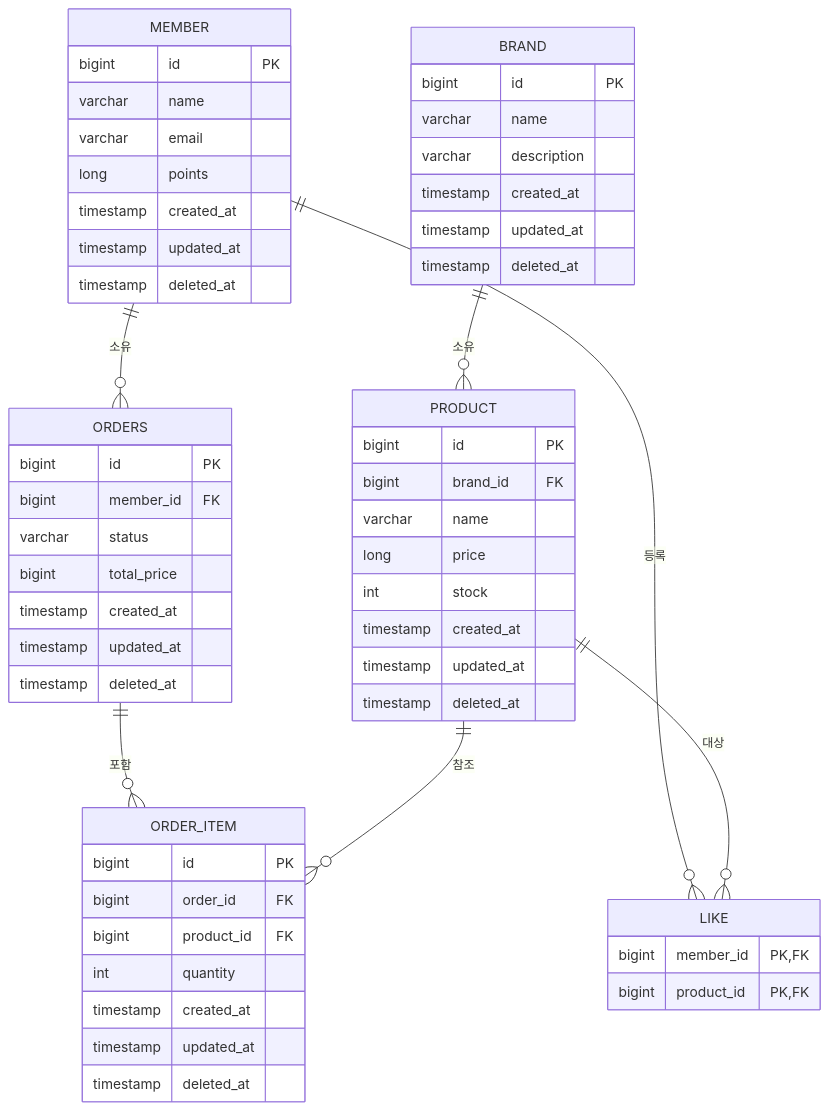
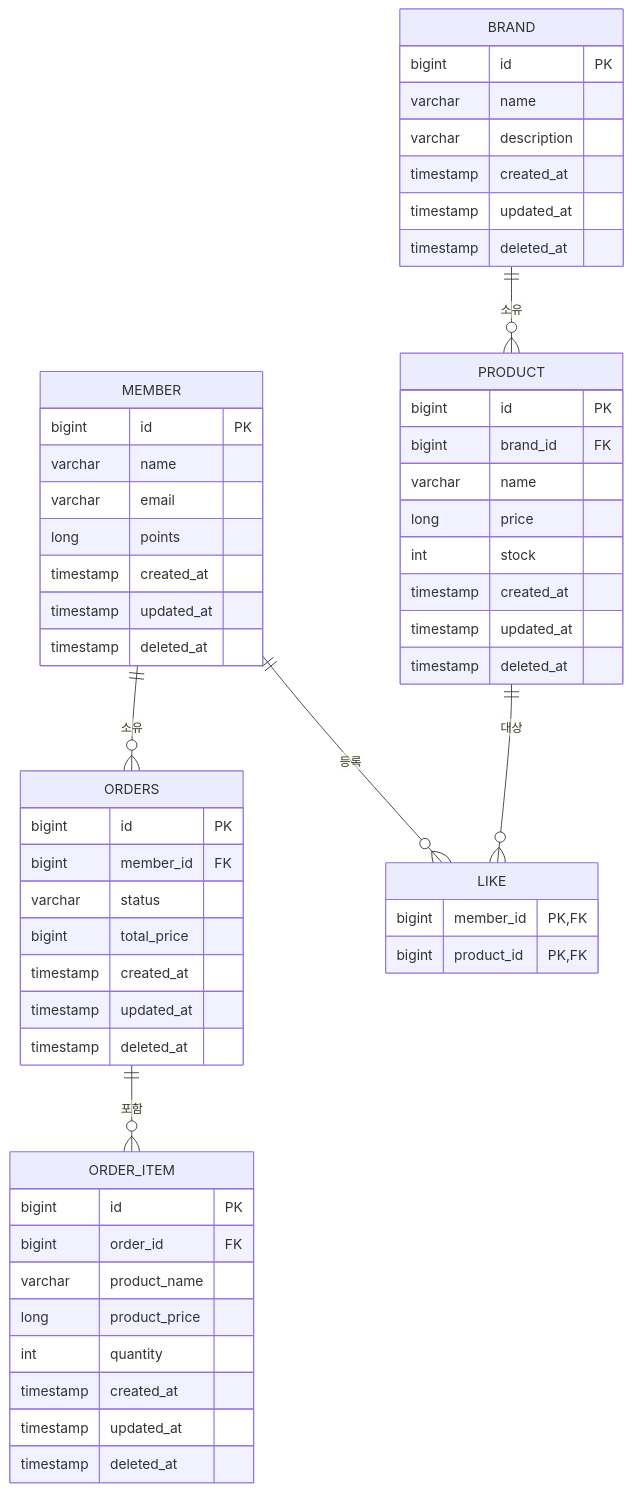
Before and after one commit to dhgu-dev/e-commerce: the diagram in docs/design/04-erd.md, drawn with Mermaid. The commit also changed 3 other files, not shown here.

First line of the commit message:
docs: 시퀀스 및 클래스 다이어그램 개선 (#11)

````diff
--- a/docs/design/04-erd.md
+++ b/docs/design/04-erd.md
@@ -3,67 +3,67 @@
 ```mermaid
 
 erDiagram
     MEMBER {
         bigint id PK 
         varchar name 
         varchar email
         long points 
         timestamp created_at
         timestamp updated_at
         timestamp deleted_at
     }
 
     BRAND {
         bigint id PK 
         varchar name 
         varchar description
         timestamp created_at
         timestamp updated_at
         timestamp deleted_at
     }
 
     PRODUCT {
         bigint id PK 
         bigint brand_id FK 
         varchar name 
         long price 
         int stock 
         timestamp created_at
         timestamp updated_at
         timestamp deleted_at
     }
 
     LIKE {
         bigint member_id PK, FK 
         bigint product_id PK, FK 
     }
 
     ORDERS {
         bigint id PK 
         bigint member_id FK 
         %% -- enum : NOT_PAID, PAID, CANCELLED
         varchar status 
         bigint total_price
         timestamp created_at
         timestamp updated_at
         timestamp deleted_at
     }
 
     ORDER_ITEM {
         bigint id PK 
         bigint order_id FK 
-        bigint product_id FK 
+        varchar product_name 
+        long product_price 
         int quantity
         timestamp created_at
         timestamp updated_at
         timestamp deleted_at
     }
 
     MEMBER ||--o{ ORDERS : 소유
     MEMBER ||--o{ LIKE : 등록
     PRODUCT ||--o{ LIKE : 대상
     BRAND ||--o{ PRODUCT : 소유
     ORDERS ||--o{ ORDER_ITEM : 포함
-    PRODUCT ||--o{ ORDER_ITEM : 참조
 
 ```
````
